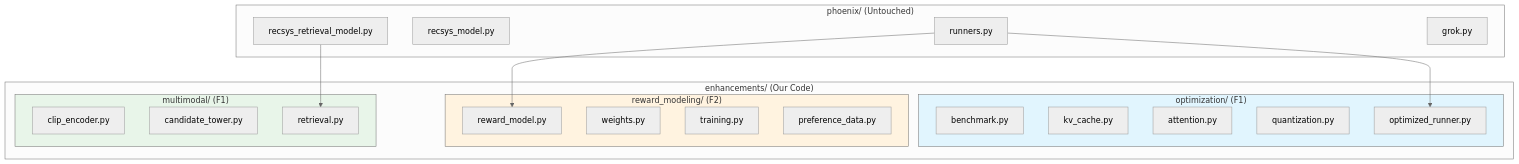
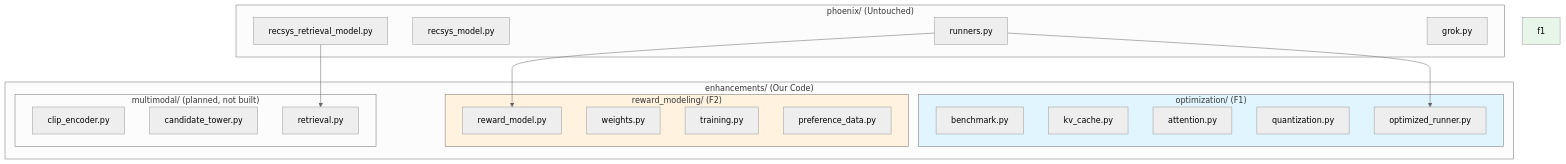
The second of 24 diagrams in docs/design_doc.md (kar-ganap/x-algorithm-enhancements), drawn with Mermaid (neutral theme) before and after one commit. The commit also changed other lines of this file and 1 other file, not shown here.

First line of the commit message:
fix: clean up F1/F2 naming in diagrams and handle old multimodal F1

````diff
--- a/docs/design_doc.md
+++ b/docs/design_doc.md
@@ -53,40 +53,40 @@
 ```mermaid
 graph TB
     subgraph phoenix["phoenix/ (Untouched)"]
         runners["runners.py"]
         recsys["recsys_model.py"]
         retrieval["recsys_retrieval_model.py"]
         grok["grok.py"]
     end
 
     subgraph enhancements["enhancements/ (Our Code)"]
         subgraph f2["optimization/ (F1)"]
             bench["benchmark.py"]
             kv["kv_cache.py"]
             attn["attention.py"]
             quant["quantization.py"]
             optrunner["optimized_runner.py"]
         end
 
         subgraph f4["reward_modeling/ (F2)"]
             reward["reward_model.py"]
             weights["weights.py"]
             train["training.py"]
             prefdata["preference_data.py"]
         end
 
-        subgraph f1["multimodal/ (F1)"]
+        subgraph f_unused["multimodal/ (planned, not built)"]
             clip["clip_encoder.py"]
             mmtower["candidate_tower.py"]
             mmretrieval["retrieval.py"]
         end
     end
 
     runners --> optrunner
     runners --> reward
     retrieval --> mmretrieval
 
     style f2 fill:#e1f5fe
     style f4 fill:#fff3e0
     style f1 fill:#e8f5e9
 ```
````
